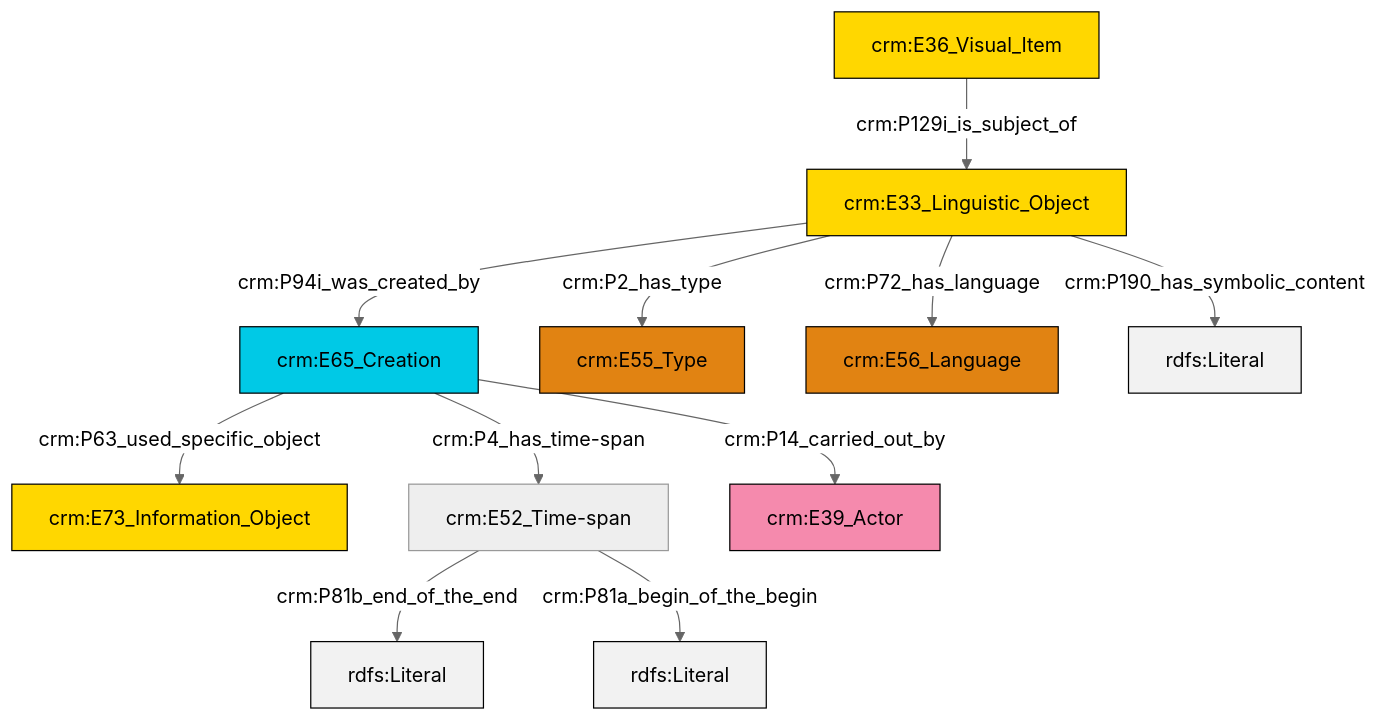
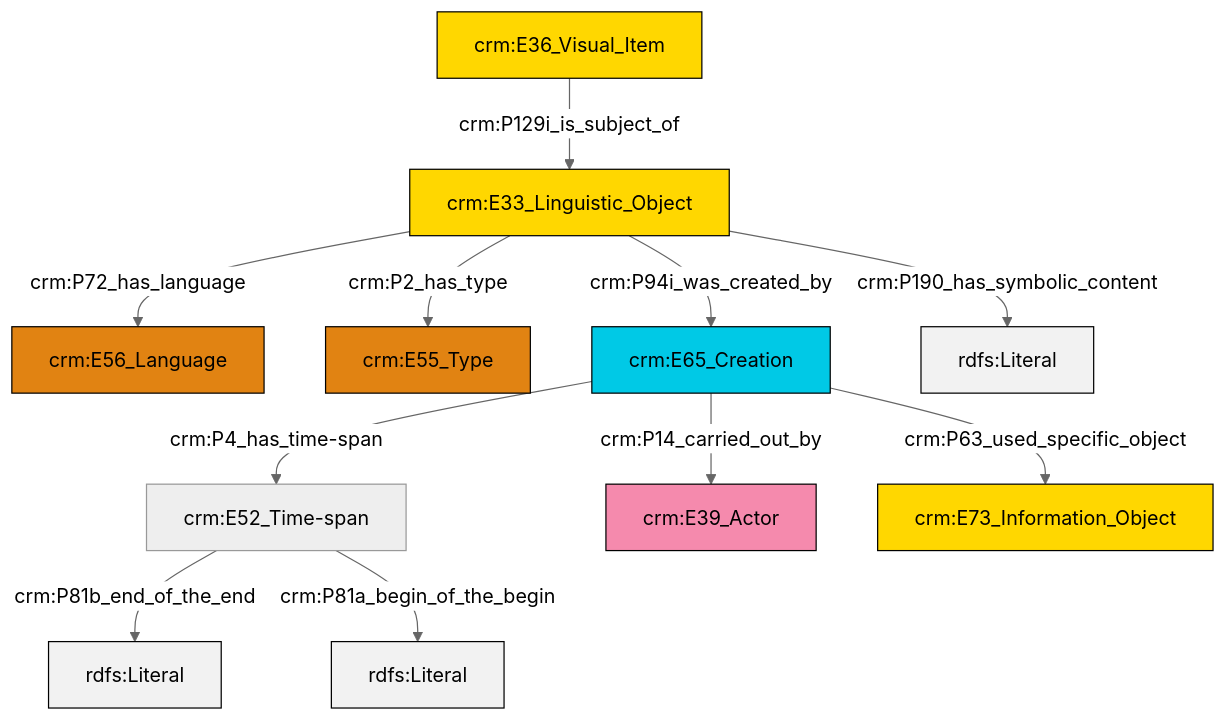
One commit to swiss-art-research-net/docs.swissartresearch changed the diagram in et/imgCSV/ttl/mmd/img_desc.ttl.mmd. Above: the diagram before and after it, drawn with Mermaid (neutral theme). The commit also changed 175 other files, not shown here.

```diff
--- a/et/imgCSV/ttl/mmd/img_desc.ttl.mmd
+++ b/et/imgCSV/ttl/mmd/img_desc.ttl.mmd
@@ -1,25 +1,25 @@
 graph TD
 classDef Literal fill:#f2f2f2,stroke:#000000;
 classDef CRM_Entity fill:#FFFFFF,stroke:#000000;
 classDef Temporal_Entity fill:#00C9E6, stroke:#000000;
 classDef Type fill:#E18312, stroke:#000000;
 classDef Time-Span fill:#2C9C91, stroke:#000000;
 classDef Appellation fill:#FFEB7F, stroke:#000000;
 classDef Place fill:#008836, stroke:#000000;
 classDef Persistent_Item fill:#B266B2, stroke:#000000;
 classDef Conceptual_Object fill:#FFD700, stroke:#000000;
 classDef Physical_Thing fill:#D2B48C, stroke:#000000;
 classDef Actor fill:#f58aad, stroke:#000000;
 classDef PC_Classes fill:#4ce600, stroke:#000000;
 classDef Multi fill:#cccccc,stroke:#000000;
 
-0["crm:E65_Creation"]:::Temporal_Entity -->|crm:P63_used_specific_object| 1["crm:E73_Information_Object"]:::Conceptual_Object
-3["crm:E33_Linguistic_Object"]:::Conceptual_Object -->|crm:P2_has_type| 4["crm:E55_Type"]:::Type
-0["crm:E65_Creation"]:::Temporal_Entity -->|crm:P4_has_time-span| 5["crm:E52_Time-span"]:::Default
+4["crm:E33_Linguistic_Object"]:::Conceptual_Object -->|crm:P72_has_language| 0["crm:E56_Language"]:::Type
 5["crm:E52_Time-span"]:::Default -->|crm:P81b_end_of_the_end| 6[rdfs:Literal]:::Literal
-3["crm:E33_Linguistic_Object"]:::Conceptual_Object -->|crm:P190_has_symbolic_content| 15[rdfs:Literal]:::Literal
-5["crm:E52_Time-span"]:::Default -->|crm:P81a_begin_of_the_begin| 17[rdfs:Literal]:::Literal
-0["crm:E65_Creation"]:::Temporal_Entity -->|crm:P14_carried_out_by| 7["crm:E39_Actor"]:::Actor
-3["crm:E33_Linguistic_Object"]:::Conceptual_Object -->|crm:P72_has_language| 12["crm:E56_Language"]:::Type
-3["crm:E33_Linguistic_Object"]:::Conceptual_Object -->|crm:P94i_was_created_by| 0["crm:E65_Creation"]:::Temporal_Entity
-10["crm:E36_Visual_Item"]:::Conceptual_Object -->|crm:P129i_is_subject_of| 3["crm:E33_Linguistic_Object"]:::Conceptual_Object
+5["crm:E52_Time-span"]:::Default -->|crm:P81a_begin_of_the_begin| 7[rdfs:Literal]:::Literal
+12["crm:E65_Creation"]:::Temporal_Entity -->|crm:P63_used_specific_object| 14["crm:E73_Information_Object"]:::Conceptual_Object
+4["crm:E33_Linguistic_Object"]:::Conceptual_Object -->|crm:P94i_was_created_by| 12["crm:E65_Creation"]:::Temporal_Entity
+2["crm:E36_Visual_Item"]:::Conceptual_Object -->|crm:P129i_is_subject_of| 4["crm:E33_Linguistic_Object"]:::Conceptual_Object
+4["crm:E33_Linguistic_Object"]:::Conceptual_Object -->|crm:P2_has_type| 10["crm:E55_Type"]:::Type
+12["crm:E65_Creation"]:::Temporal_Entity -->|crm:P14_carried_out_by| 8["crm:E39_Actor"]:::Actor
+4["crm:E33_Linguistic_Object"]:::Conceptual_Object -->|crm:P190_has_symbolic_content| 18[rdfs:Literal]:::Literal
+12["crm:E65_Creation"]:::Temporal_Entity -->|crm:P4_has_time-span| 5["crm:E52_Time-span"]:::Default
```
